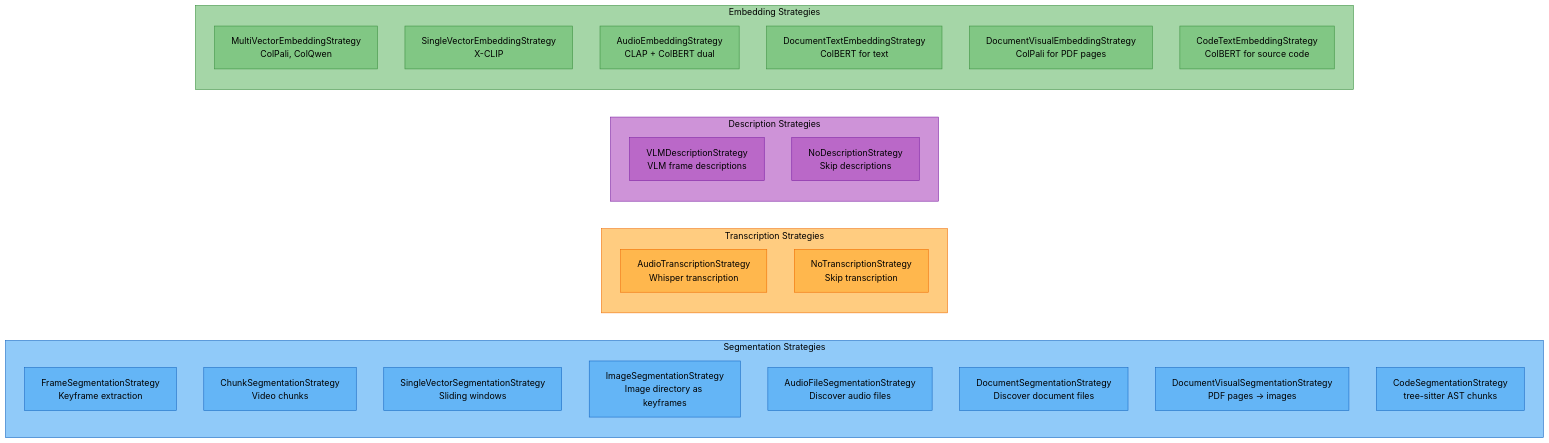
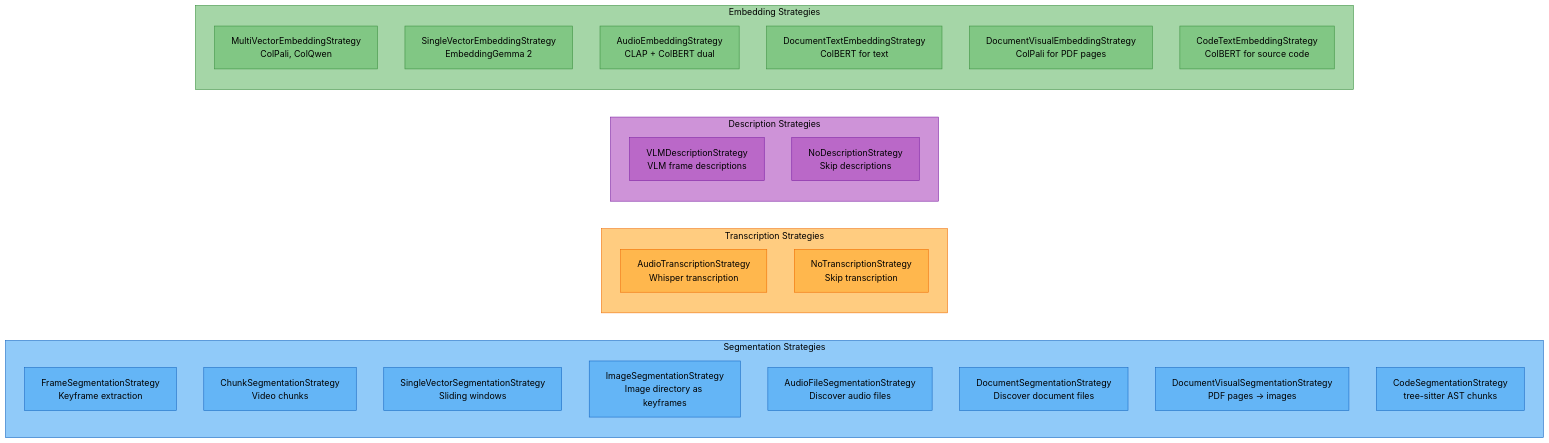
Before and after one commit to amit-jain/cogniverse: the third of 6 diagrams in docs/modules/ingestion.md, drawn with Mermaid. The commit also changed other lines of this file and 161 other files, not shown here.

````diff
--- a/docs/modules/ingestion.md
+++ b/docs/modules/ingestion.md
@@ -357,55 +357,55 @@
 ```mermaid
 flowchart LR
     subgraph Segmentation["<span style='color:#000'>Segmentation Strategies</span>"]
         Frame["<span style='color:#000'>FrameSegmentationStrategy<br/>Keyframe extraction</span>"]
         Chunk["<span style='color:#000'>ChunkSegmentationStrategy<br/>Video chunks</span>"]
         Single["<span style='color:#000'>SingleVectorSegmentationStrategy<br/>Sliding windows</span>"]
         Image["<span style='color:#000'>ImageSegmentationStrategy<br/>Image directory as keyframes</span>"]
         AudioFile["<span style='color:#000'>AudioFileSegmentationStrategy<br/>Discover audio files</span>"]
         Doc["<span style='color:#000'>DocumentSegmentationStrategy<br/>Discover document files</span>"]
         DocVis["<span style='color:#000'>DocumentVisualSegmentationStrategy<br/>PDF pages → images</span>"]
         Code["<span style='color:#000'>CodeSegmentationStrategy<br/>tree-sitter AST chunks</span>"]
     end
 
     subgraph Transcription["<span style='color:#000'>Transcription Strategies</span>"]
         Audio["<span style='color:#000'>AudioTranscriptionStrategy<br/>Whisper transcription</span>"]
         NoTrans["<span style='color:#000'>NoTranscriptionStrategy<br/>Skip transcription</span>"]
     end
 
     subgraph Description["<span style='color:#000'>Description Strategies</span>"]
         VLM["<span style='color:#000'>VLMDescriptionStrategy<br/>VLM frame descriptions</span>"]
         NoDesc["<span style='color:#000'>NoDescriptionStrategy<br/>Skip descriptions</span>"]
     end
 
     subgraph Embedding["<span style='color:#000'>Embedding Strategies</span>"]
         MultiVec["<span style='color:#000'>MultiVectorEmbeddingStrategy<br/>ColPali, ColQwen</span>"]
-        SingleVec["<span style='color:#000'>SingleVectorEmbeddingStrategy<br/>X-CLIP</span>"]
+        SingleVec["<span style='color:#000'>SingleVectorEmbeddingStrategy<br/>EmbeddingGemma 2</span>"]
         AudioEmb["<span style='color:#000'>AudioEmbeddingStrategy<br/>CLAP + ColBERT dual</span>"]
         DocText["<span style='color:#000'>DocumentTextEmbeddingStrategy<br/>ColBERT for text</span>"]
         DocVisEmb["<span style='color:#000'>DocumentVisualEmbeddingStrategy<br/>ColPali for PDF pages</span>"]
         CodeText["<span style='color:#000'>CodeTextEmbeddingStrategy<br/>ColBERT for source code</span>"]
     end
 
     style Segmentation fill:#90caf9,stroke:#1565c0,color:#000
     style Frame fill:#64b5f6,stroke:#1565c0,color:#000
     style Chunk fill:#64b5f6,stroke:#1565c0,color:#000
     style Single fill:#64b5f6,stroke:#1565c0,color:#000
     style Image fill:#64b5f6,stroke:#1565c0,color:#000
     style AudioFile fill:#64b5f6,stroke:#1565c0,color:#000
     style Doc fill:#64b5f6,stroke:#1565c0,color:#000
     style DocVis fill:#64b5f6,stroke:#1565c0,color:#000
     style Code fill:#64b5f6,stroke:#1565c0,color:#000
     style Transcription fill:#ffcc80,stroke:#ef6c00,color:#000
     style Audio fill:#ffb74d,stroke:#ef6c00,color:#000
     style NoTrans fill:#ffb74d,stroke:#ef6c00,color:#000
     style Description fill:#ce93d8,stroke:#7b1fa2,color:#000
     style VLM fill:#ba68c8,stroke:#7b1fa2,color:#000
     style NoDesc fill:#ba68c8,stroke:#7b1fa2,color:#000
     style Embedding fill:#a5d6a7,stroke:#388e3c,color:#000
     style MultiVec fill:#81c784,stroke:#388e3c,color:#000
     style SingleVec fill:#81c784,stroke:#388e3c,color:#000
     style AudioEmb fill:#81c784,stroke:#388e3c,color:#000
     style DocText fill:#81c784,stroke:#388e3c,color:#000
     style DocVisEmb fill:#81c784,stroke:#388e3c,color:#000
     style CodeText fill:#81c784,stroke:#388e3c,color:#000
 ```
````
